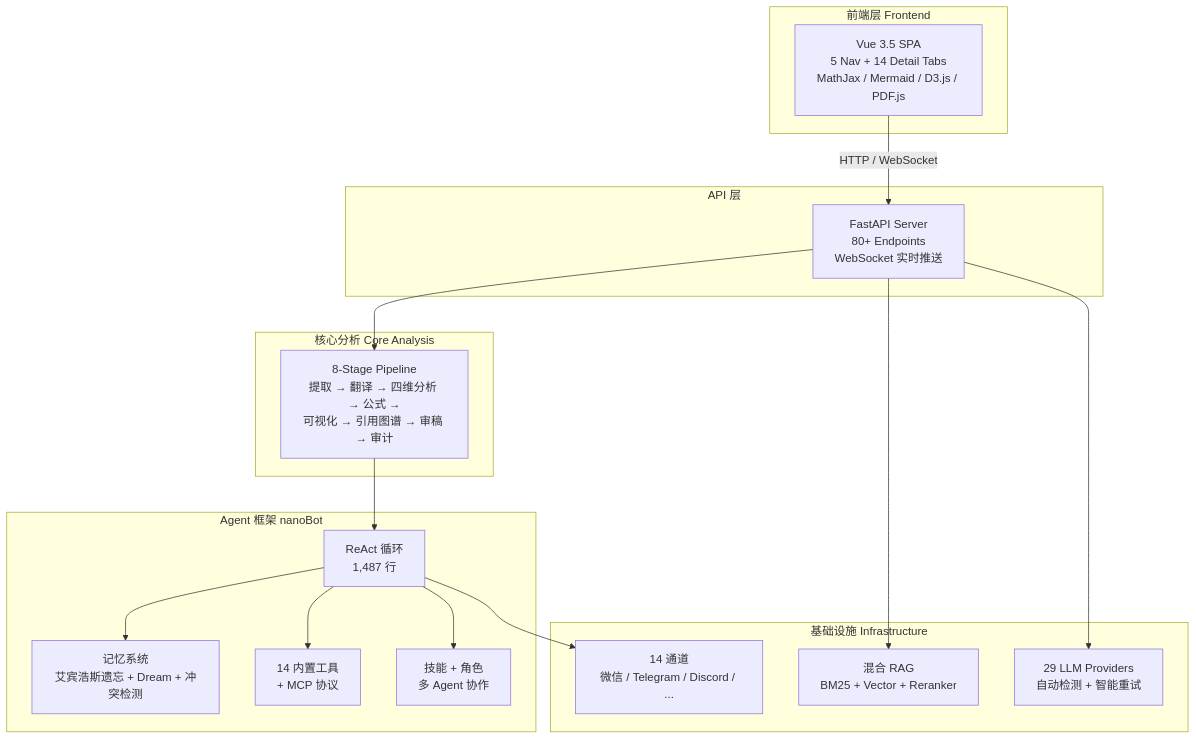
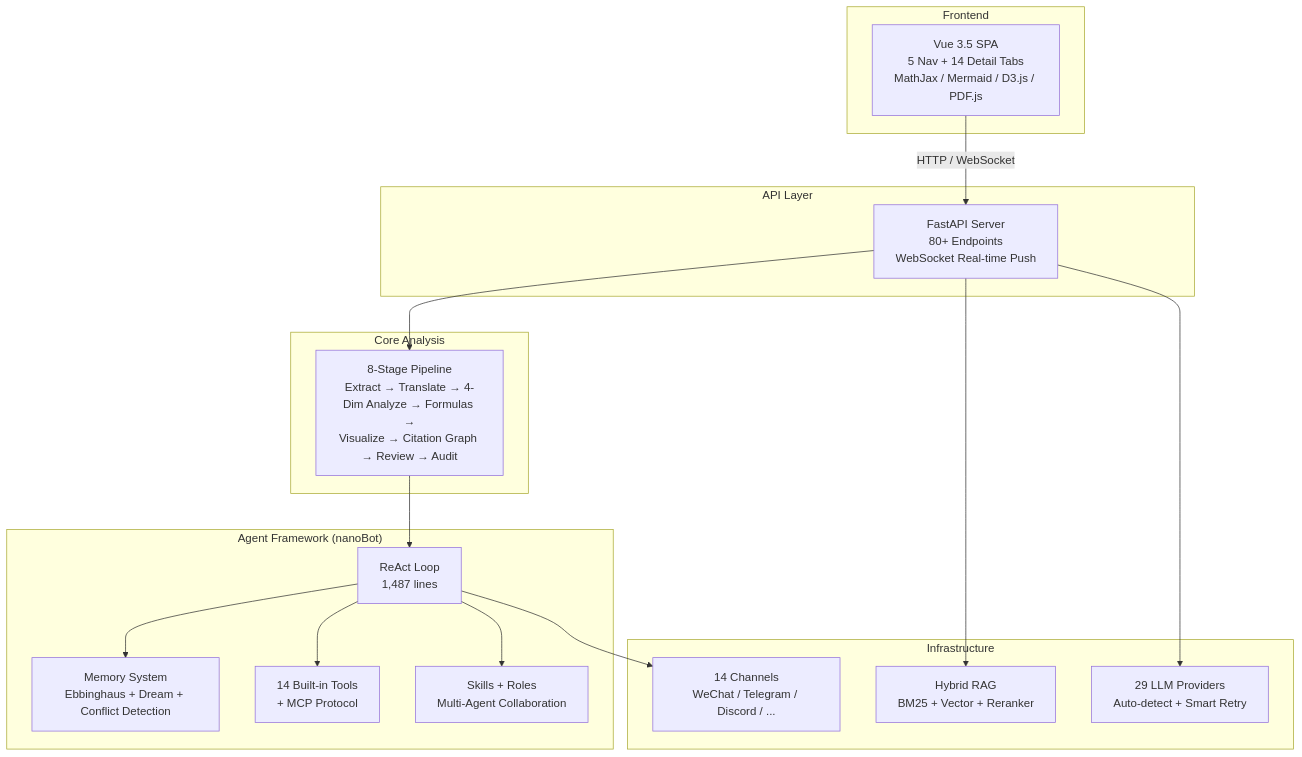
Before and after one commit to silver4444-xs/silver_research_bot: the first of 2 diagrams in README.md, drawn with Mermaid. The commit also changed other lines of this file and 22 other files, not shown here.

````diff
--- a/README.md
+++ b/README.md
@@ -166,37 +146,37 @@
 ```mermaid
 graph TB
-    subgraph Frontend["前端层 Frontend"]
+    subgraph Frontend["Frontend"]
         VUE["Vue 3.5 SPA<br/>5 Nav + 14 Detail Tabs<br/>MathJax / Mermaid / D3.js / PDF.js"]
     end
 
-    subgraph API["API 层"]
-        FAST["FastAPI Server<br/>80+ Endpoints<br/>WebSocket 实时推送"]
+    subgraph API["API Layer"]
+        FAST["FastAPI Server<br/>80+ Endpoints<br/>WebSocket Real-time Push"]
     end
 
-    subgraph Core["核心分析 Core Analysis"]
-        PIPELINE["8-Stage Pipeline<br/>提取 → 翻译 → 四维分析 → 公式 →<br/>可视化 → 引用图谱 → 审稿 → 审计"]
+    subgraph Core["Core Analysis"]
+        PIPELINE["8-Stage Pipeline<br/>Extract → Translate → 4-Dim Analyze → Formulas →<br/>Visualize → Citation Graph → Review → Audit"]
     end
 
-    subgraph Agent["Agent 框架 nanoBot"]
-        LOOP["ReAct 循环<br/>1,487 行"]
-        MEM["记忆系统<br/>艾宾浩斯遗忘 + Dream + 冲突检测"]
-        TOOLS["14 内置工具<br/>+ MCP 协议"]
-        SKILLS["技能 + 角色<br/>多 Agent 协作"]
+    subgraph Agent["Agent Framework (nanoBot)"]
+        LOOP["ReAct Loop<br/>1,487 lines"]
+        MEM["Memory System<br/>Ebbinghaus + Dream + Conflict Detection"]
+        TOOLS["14 Built-in Tools<br/>+ MCP Protocol"]
+        SKILLS["Skills + Roles<br/>Multi-Agent Collaboration"]
     end
 
-    subgraph Infra["基础设施 Infrastructure"]
-        RAG["混合 RAG<br/>BM25 + Vector + Reranker"]
-        PROV["29 LLM Providers<br/>自动检测 + 智能重试"]
-        CHAN["14 通道<br/>微信 / Telegram / Discord / ..."]
+    subgraph Infra["Infrastructure"]
+        RAG["Hybrid RAG<br/>BM25 + Vector + Reranker"]
+        PROV["29 LLM Providers<br/>Auto-detect + Smart Retry"]
+        CHAN["14 Channels<br/>WeChat / Telegram / Discord / ..."]
     end
 
     VUE -->|HTTP / WebSocket| FAST
     FAST --> PIPELINE
     PIPELINE --> LOOP
     LOOP --> MEM
     LOOP --> TOOLS
     LOOP --> SKILLS
     FAST --> RAG
     FAST --> PROV
     LOOP --> CHAN
 ```
````
